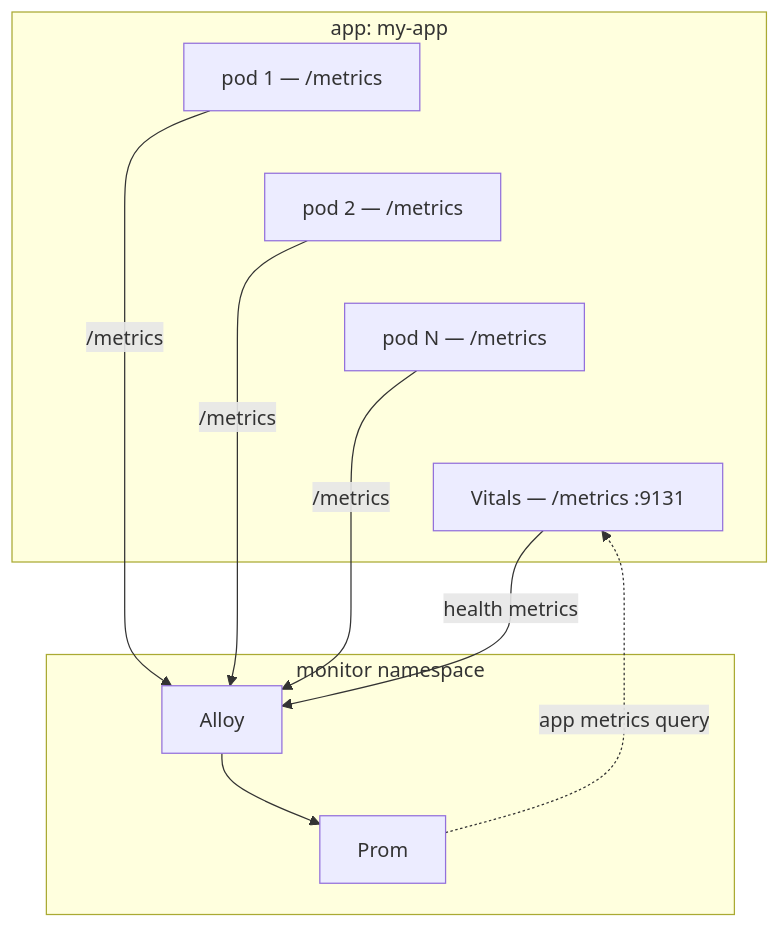
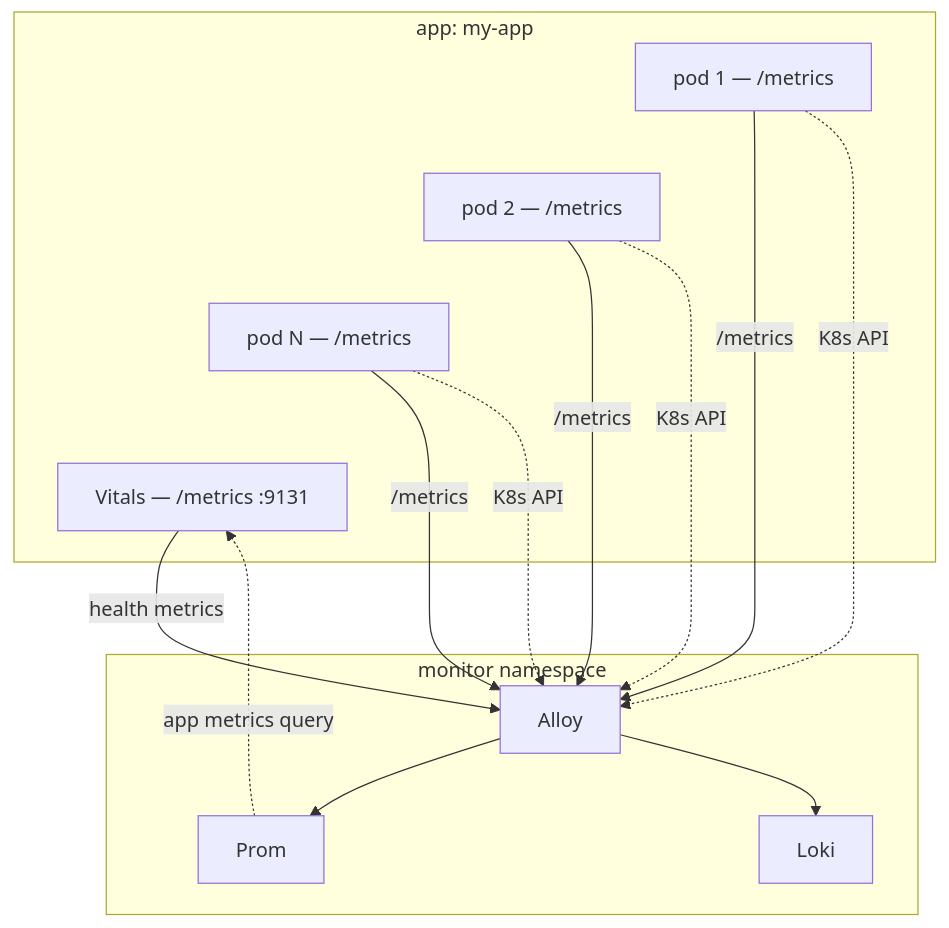
The diagram in docs/reference/patterns/observability-contract.md (Kord96/kordinate), drawn with Mermaid before and after one commit. The commit also changed other lines of this file, not shown here.

First line of the commit message:
docs: show /metrics and K8s API as separate paths, drop log diagram [scribe]

````diff
--- a/docs/reference/patterns/observability-contract.md
+++ b/docs/reference/patterns/observability-contract.md
@@ -7,18 +7,19 @@
 ```mermaid
 flowchart TB
     subgraph app["app: my-app"]
         P1[pod 1 — /metrics]
         P2[pod 2 — /metrics]
         PN[pod N — /metrics]
         VIT[Vitals — /metrics :9131]
         P1 ~~~ P2 ~~~ PN ~~~ VIT
     end
 
     P1 & P2 & PN -->|/metrics| AL
+    P1 & P2 & PN -.->|K8s API| AL
     VIT -->|health metrics| AL
     PR -.->|app metrics query| VIT
 
     subgraph mon[monitor namespace]
-        AL[Alloy] --> PR[Prom]
+        AL[Alloy] --> PR[Prom] & LK[Loki]
     end
 ```
````
